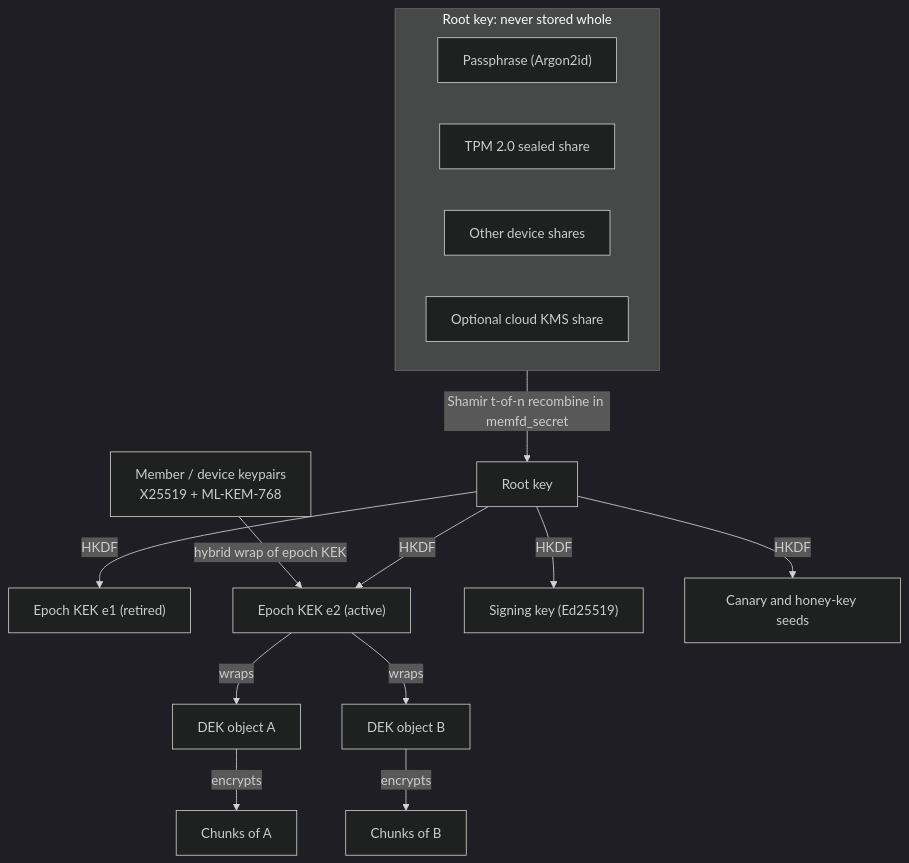
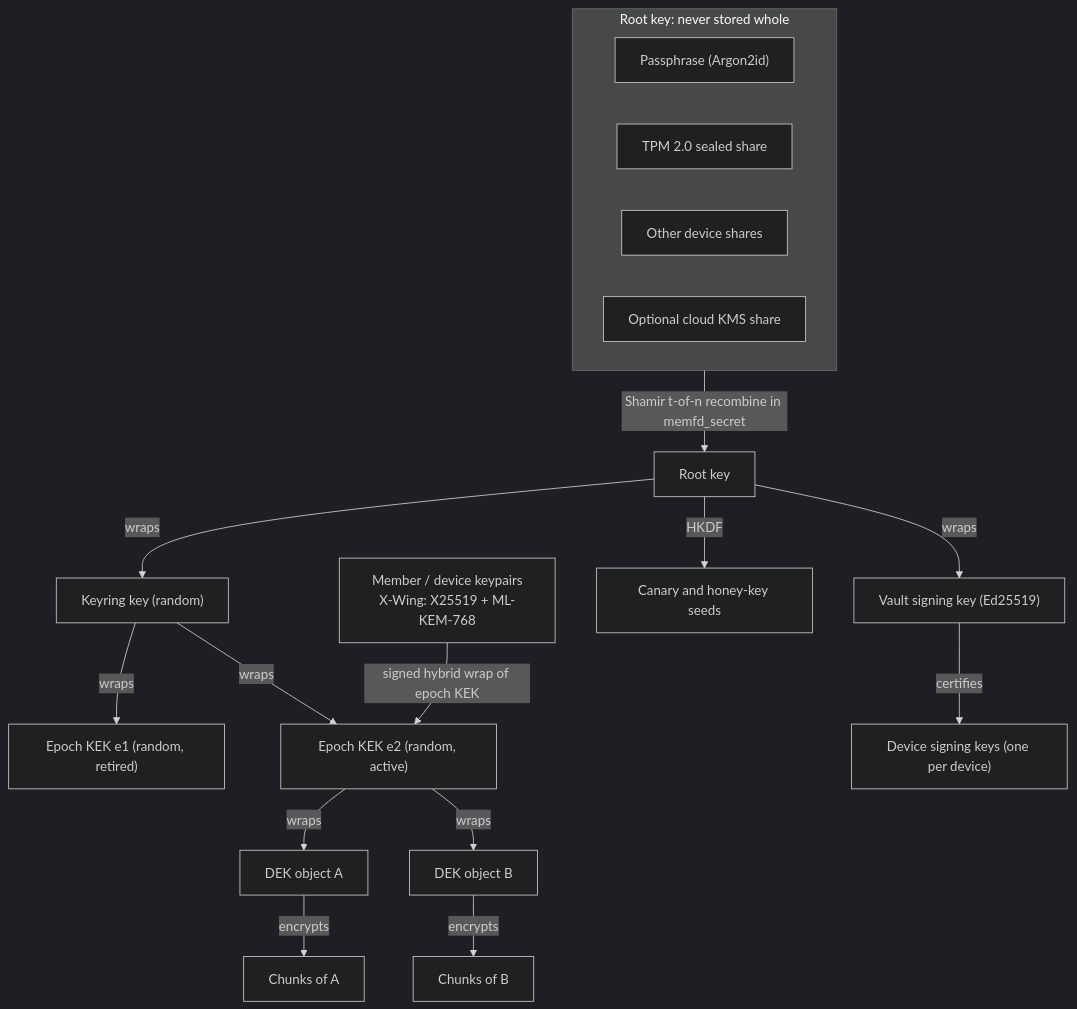
The third of 11 diagrams in docs/project-vision.md (thearpankumar/CryptHix), drawn with Mermaid (dark theme) before and after one commit. The commit also changed other lines of this file and 4 other files, not shown here.

Commit message:
docs: add on-disk format spec v0 with key files, packs, manifests, signed root and test-vector plan

````diff
--- a/docs/project-vision.md
+++ b/docs/project-vision.md
@@ -198,19 +201,21 @@
 ```mermaid
 flowchart TB
     subgraph ROOT["Root key: never stored whole"]
         PW["Passphrase (Argon2id)"]
         TPM["TPM 2.0 sealed share"]
         DEV["Other device shares"]
         KMS["Optional cloud KMS share"]
     end
     ROOT -- "Shamir t-of-n recombine in memfd_secret" --> RK["Root key"]
-    RK -- HKDF --> KEK1["Epoch KEK e1 (retired)"]
-    RK -- HKDF --> KEK2["Epoch KEK e2 (active)"]
+    RK -- wraps --> KR["Keyring key (random)"]
+    KR -- wraps --> KEK1["Epoch KEK e1 (random, retired)"]
+    KR -- wraps --> KEK2["Epoch KEK e2 (random, active)"]
     KEK2 -- wraps --> DEKa["DEK object A"]
     KEK2 -- wraps --> DEKb["DEK object B"]
     DEKa -- encrypts --> CHa["Chunks of A"]
     DEKb -- encrypts --> CHb["Chunks of B"]
-    RK -- HKDF --> SIGN["Signing key (Ed25519)"]
+    RK -- wraps --> VSK["Vault signing key (Ed25519)"]
+    VSK -- certifies --> DSK["Device signing keys (one per device)"]
     RK -- HKDF --> CAN["Canary and honey-key seeds"]
-    MEM["Member / device keypairs<br/>X25519 + ML-KEM-768"] -- "hybrid wrap of epoch KEK" --> KEK2
+    MEM["Member / device keypairs<br/>X-Wing: X25519 + ML-KEM-768"] -- "signed hybrid wrap of epoch KEK" --> KEK2
 ```
````
